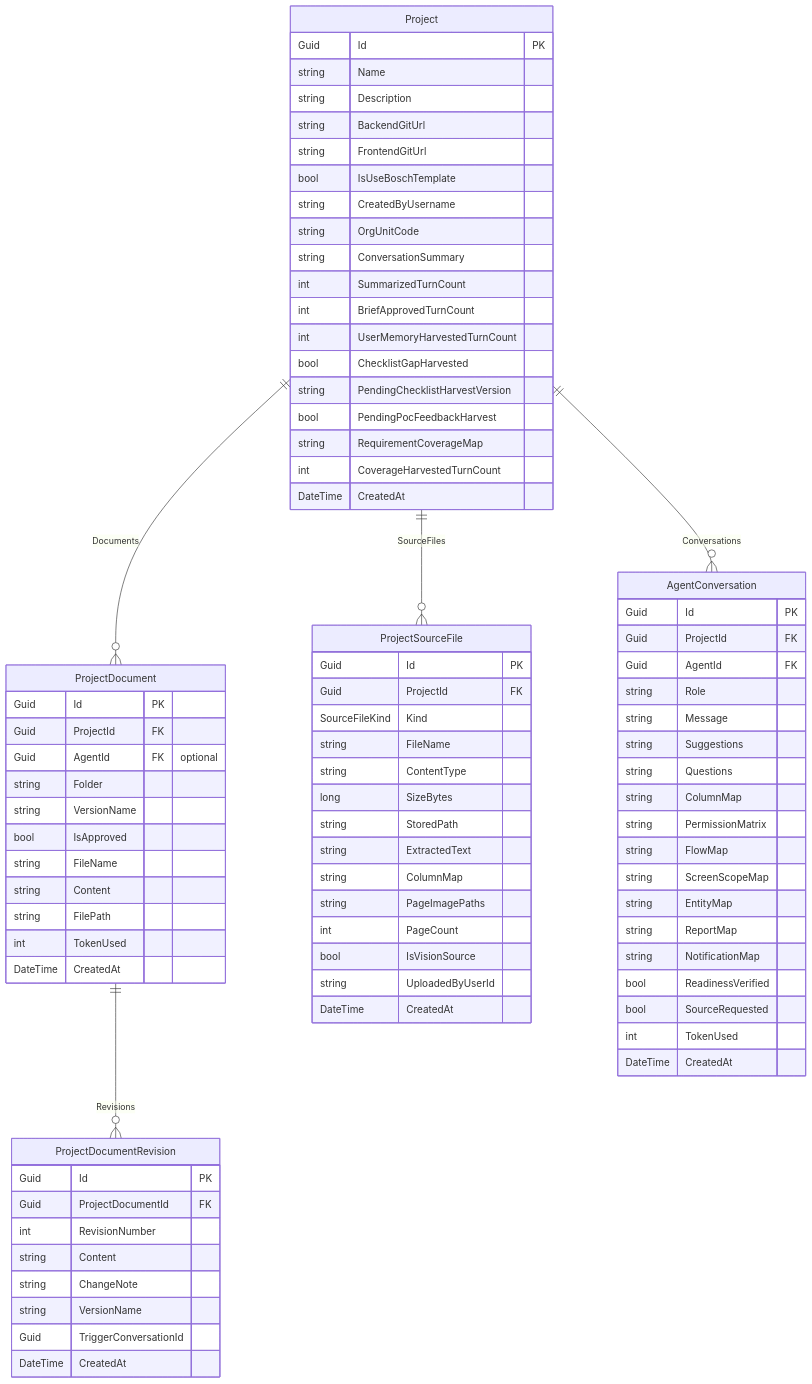
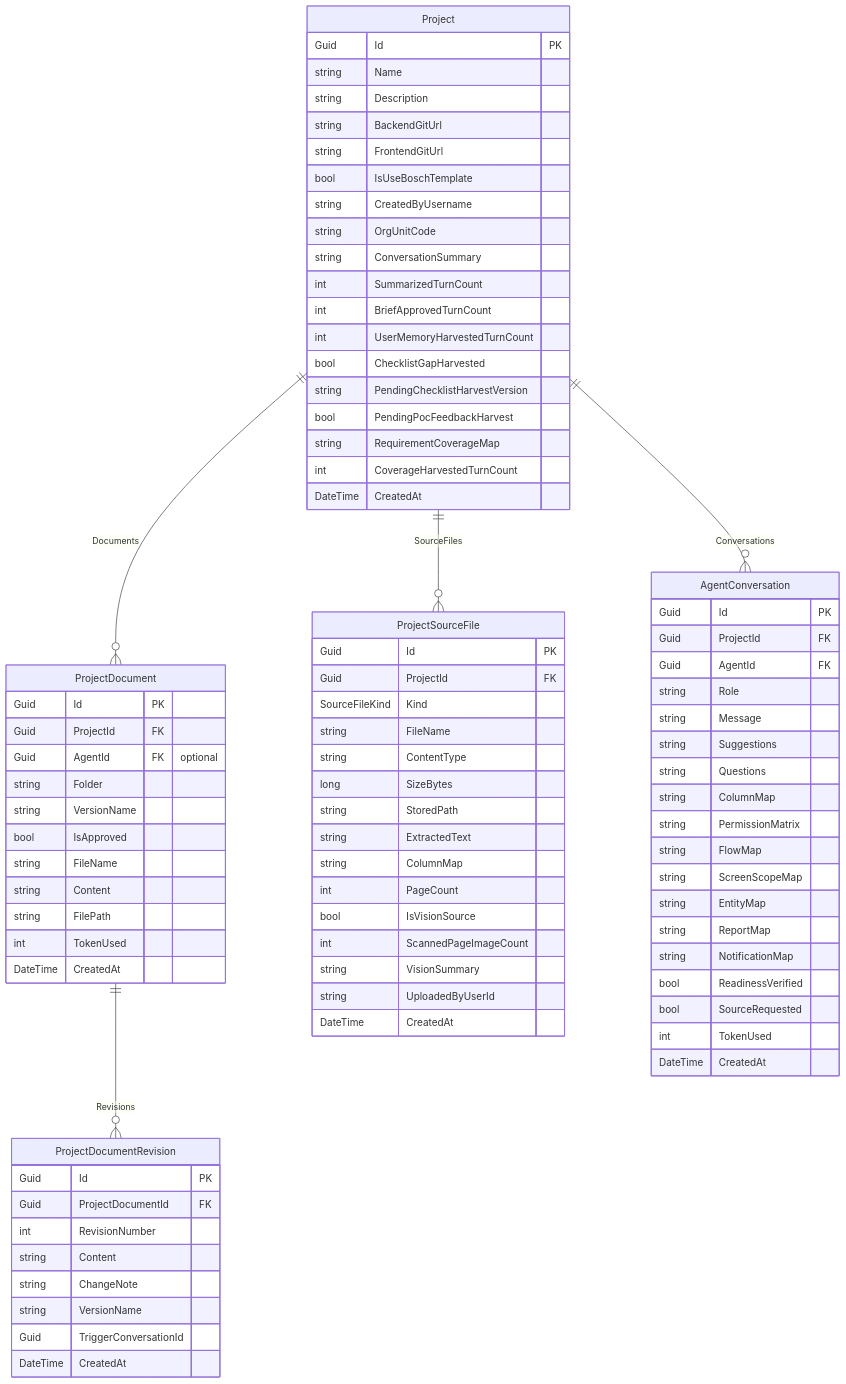
One commit to Songlong0506/ICOGenerator-v4 changed the second of 9 diagrams in docs/data-model.md. Above: the diagram before and after it, drawn with Mermaid. The commit also changed other lines of this file and 7 other files, not shown here.

First line of the commit message:
Rà soát tài liệu & prompt: sửa chỗ lệch code, khớp prompt với json_schema

```diff
--- a/docs/data-model.md
+++ b/docs/data-model.md
@@ -149,9 +149,10 @@
         string StoredPath
         string ExtractedText
         string ColumnMap
-        string PageImagePaths
         int PageCount
         bool IsVisionSource
+        int ScannedPageImageCount
+        string VisionSummary
         string UploadedByUserId
         DateTime CreatedAt
     }
```
